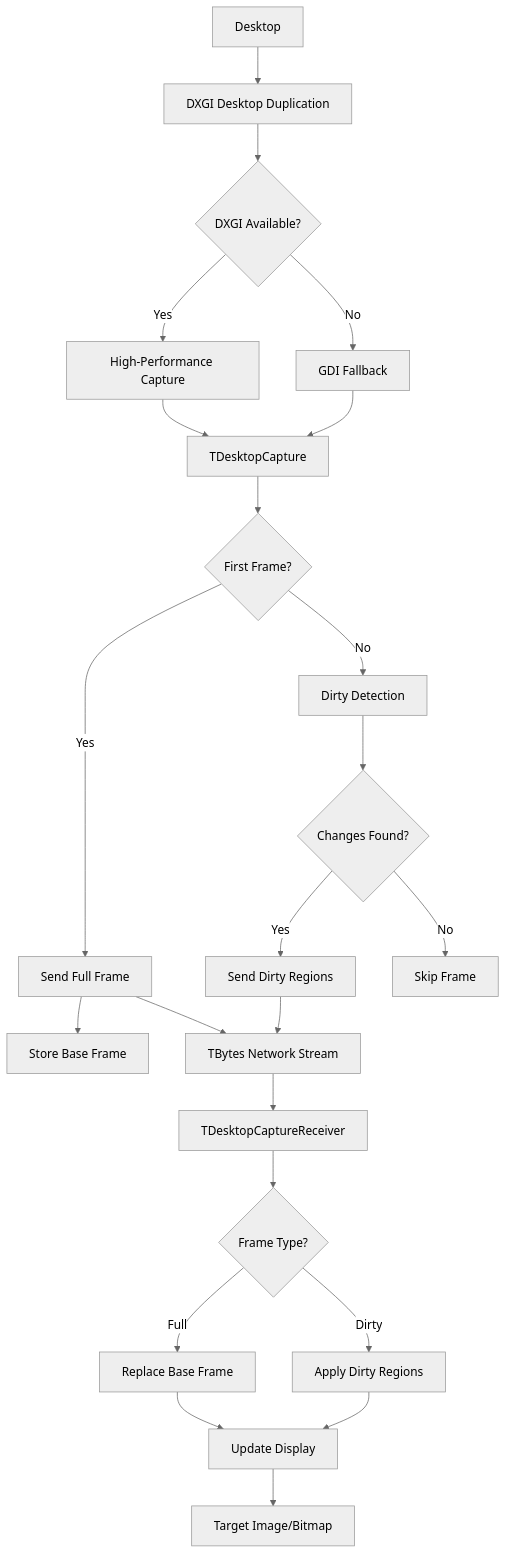
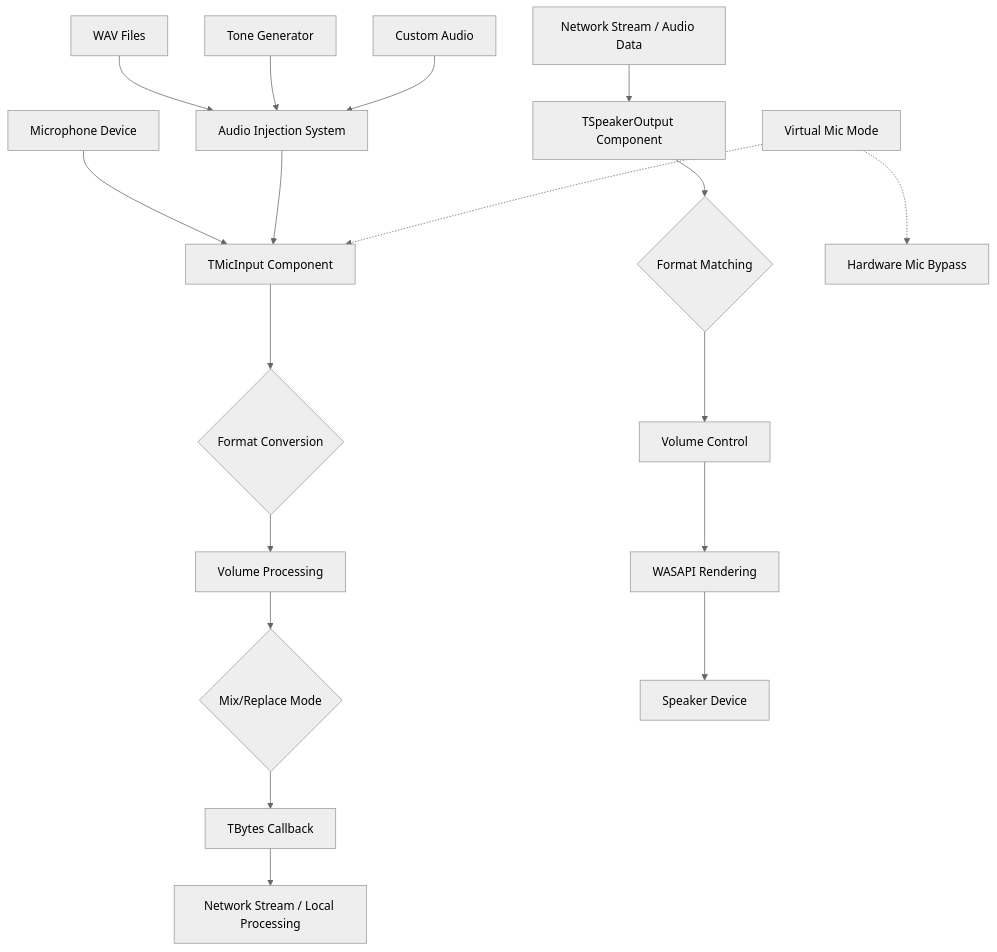
The diagram in README.md (BitmasterXor/Delphi_Audio-Link_Components), drawn with Mermaid (neutral theme) before and after one commit. The commit also changed other lines of this file, not shown here.

````diff
--- a/README.md
+++ b/README.md
@@ -35,25 +34,22 @@
 ```mermaid
 graph TD
-    A[Desktop] --> B[DXGI Desktop Duplication]
-    B --> C{DXGI Available?}
-    C -->|Yes| D[High-Performance Capture]
-    C -->|No| E[GDI Fallback]
-    D --> F[TDesktopCapture]
-    E --> F
-    F --> G{First Frame?}
-    G -->|Yes| H[Send Full Frame]
-    G -->|No| I[Dirty Detection]
-    H --> J[Store Base Frame]
-    I --> K{Changes Found?}
-    K -->|Yes| L[Send Dirty Regions]
-    K -->|No| M[Skip Frame]
-    L --> N[TBytes Network Stream]
-    H --> N
-    N --> O[TDesktopCaptureReceiver]
-    O --> P{Frame Type?}
-    P -->|Full| Q[Replace Base Frame]
-    P -->|Dirty| R[Apply Dirty Regions]
-    Q --> S[Update Display]
-    R --> S
-    S --> T[Target Image/Bitmap]
+    A[Microphone Device] --> B[TMicInput Component]
+    M[Audio Injection System] --> B
+    N[WAV Files] --> M
+    O[Tone Generator] --> M
+    P[Custom Audio] --> M
+    B --> C{Format Conversion}
+    C --> D[Volume Processing]
+    D --> Q{Mix/Replace Mode}
+    Q --> E[TBytes Callback]
+    E --> F[Network Stream / Local Processing]
+    
+    G[Network Stream / Audio Data] --> H[TSpeakerOutput Component]
+    H --> I{Format Matching}
+    I --> J[Volume Control]
+    J --> K[WASAPI Rendering]
+    K --> L[Speaker Device]
+    
+    R[Virtual Mic Mode] -.-> B
+    R -.-> S[Hardware Mic Bypass]
 ```
````
